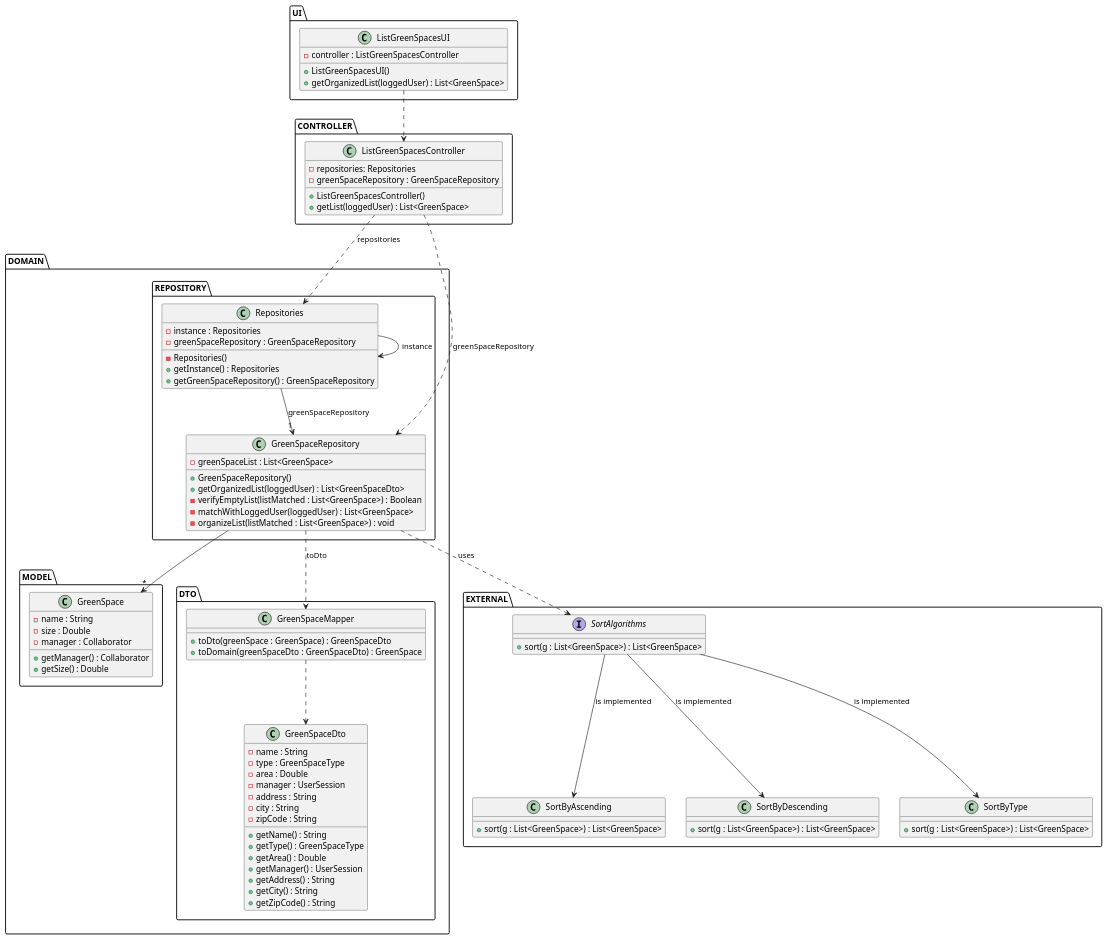
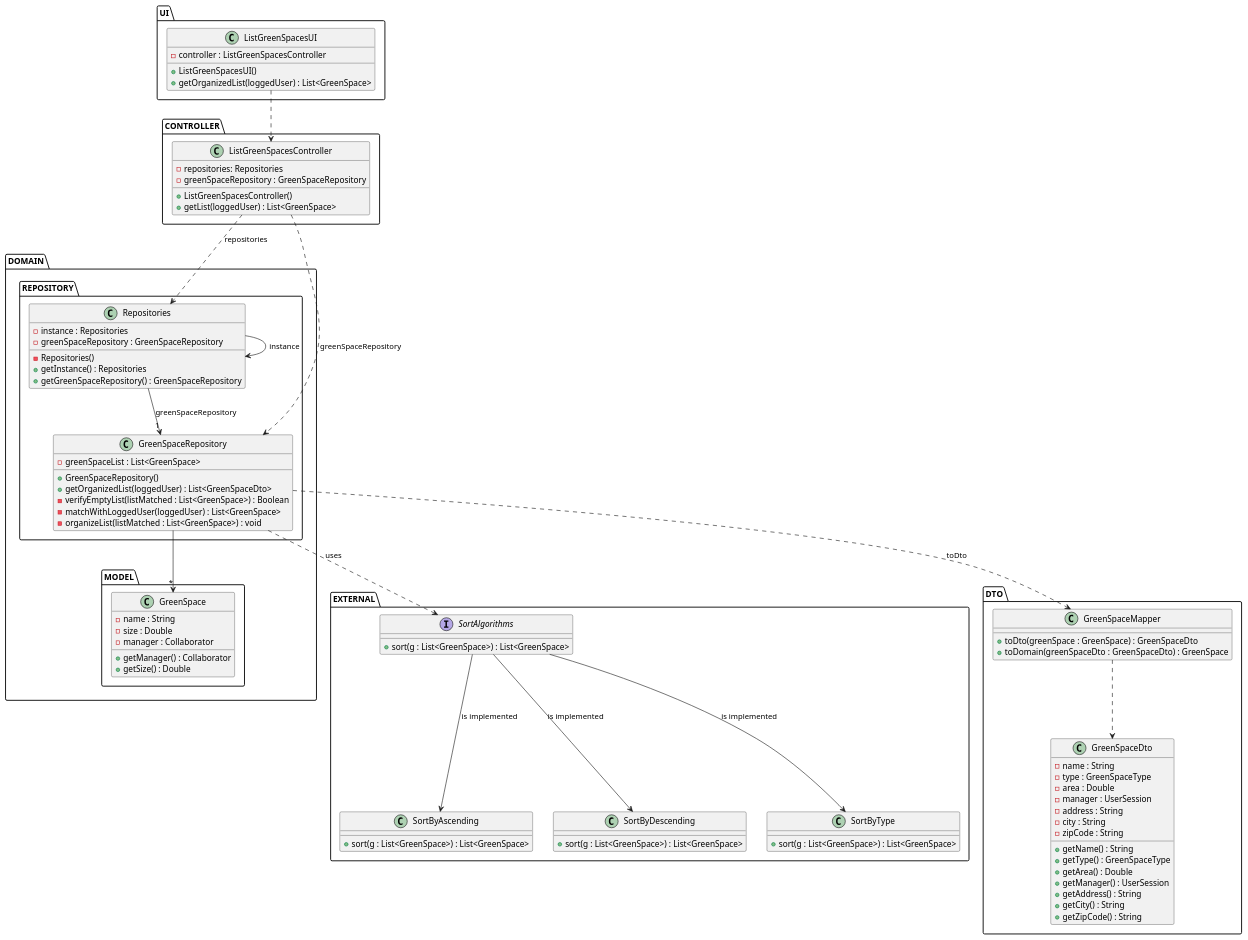
One commit to ricardomm7/leaflink changed the diagram in docs/sprintC/us027/03.design/puml/us027-class-diagram.puml. Above: the diagram before and after it, drawn with PlantUML. The commit also changed 18 other files, not shown here.

```diff
--- a/docs/sprintC/us027/03.design/puml/us027-class-diagram.puml
+++ b/docs/sprintC/us027/03.design/puml/us027-class-diagram.puml
@@ -1,103 +1,104 @@
 @startuml
 skinparam shadowing false
 skinparam line type polyline
 
 'left to right direction
 package UI{
     class ListGreenSpacesUI {
         - controller : ListGreenSpacesController
         + ListGreenSpacesUI()
         + getOrganizedList(loggedUser) : List<GreenSpace>
     }
 }
 package CONTROLLER {
     class ListGreenSpacesController {
         - repositories: Repositories
         - greenSpaceRepository : GreenSpaceRepository
 
         + ListGreenSpacesController()
         +getList(loggedUser) : List<GreenSpace>
     }
 }
 package DOMAIN{
 package REPOSITORY{
     class Repositories {
         - instance : Repositories
         - greenSpaceRepository : GreenSpaceRepository
         - Repositories()
         + getInstance() : Repositories
         + getGreenSpaceRepository() : GreenSpaceRepository
     }
 
     class GreenSpaceRepository {
         - greenSpaceList : List<GreenSpace>
         + GreenSpaceRepository()
         + getOrganizedList(loggedUser) : List<GreenSpaceDto>
         - verifyEmptyList(listMatched : List<GreenSpace>) : Boolean
         - matchWithLoggedUser(loggedUser) : List<GreenSpace>
         - organizeList(listMatched : List<GreenSpace>) : void
     }
     }
 package MODEL{
     class GreenSpace {
         - name : String
         - size : Double
         - manager : Collaborator
         + getManager() : Collaborator
         + getSize() : Double
     }
     }
-    package DTO{
-        class GreenSpaceDto{
-            - name : String
-            - type : GreenSpaceType
-            - area : Double
-            - manager : UserSession
-            - address : String
-            - city : String
-            - zipCode : String
-            + getName() : String
-            + getType() : GreenSpaceType
-            + getArea() : Double
-            + getManager() : UserSession
-            + getAddress() : String
-            + getCity() : String
-            + getZipCode() : String
-        }
-
-        class GreenSpaceMapper{
-            +toDto(greenSpace : GreenSpace) : GreenSpaceDto
-            +toDomain(greenSpaceDto : GreenSpaceDto) : GreenSpace
-        }
-    }
     }
     package EXTERNAL{
     interface SortAlgorithms{
     +sort(g : List<GreenSpace>) : List<GreenSpace>
     }
     class SortByAscending{
     +sort(g : List<GreenSpace>) : List<GreenSpace>
     }
     class SortByDescending{
         +sort(g : List<GreenSpace>) : List<GreenSpace>
     }
     class SortByType{
         +sort(g : List<GreenSpace>) : List<GreenSpace>
     }
 }
+package DTO{
+           class GreenSpaceDto{
+                - name : String
+                - type : GreenSpaceType
+                - area : Double
+                - manager : UserSession
+                - address : String
+                - city : String
+                - zipCode : String
+                + getName() : String
+                + getType() : GreenSpaceType
+                + getArea() : Double
+                + getManager() : UserSession
+                + getAddress() : String
+                + getCity() : String
+                + getZipCode() : String
+            }
+
+            class GreenSpaceMapper{
+                +toDto(greenSpace : GreenSpace) : GreenSpaceDto
+                +toDomain(greenSpaceDto : GreenSpaceDto) : GreenSpace
+            }
+        }
+
 
 ListGreenSpacesUI ..> ListGreenSpacesController
 ListGreenSpacesController ..> Repositories: repositories
 Repositories --> Repositories: instance
 ListGreenSpacesController ..> GreenSpaceRepository: greenSpaceRepository
 Repositories --> "1"GreenSpaceRepository: greenSpaceRepository
 GreenSpaceRepository -->"*" GreenSpace
 GreenSpaceRepository ..> GreenSpaceMapper : toDto
 GreenSpaceMapper ..> GreenSpaceDto
 GreenSpaceRepository ..> SortAlgorithms : uses
 SortAlgorithms --> SortByAscending : is implemented
 SortAlgorithms --> SortByDescending : is implemented
 SortAlgorithms --> SortByType : is implemented
 
 
 @enduml
```
